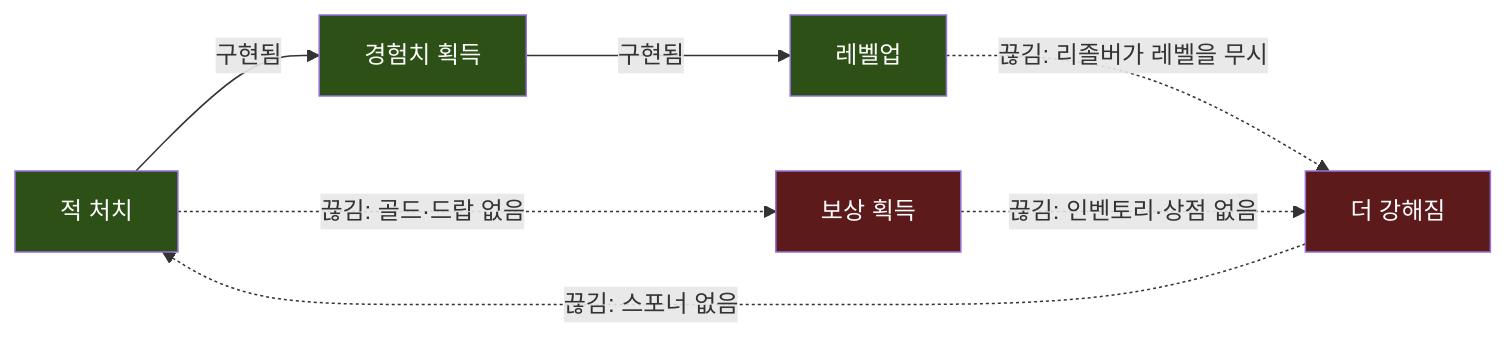
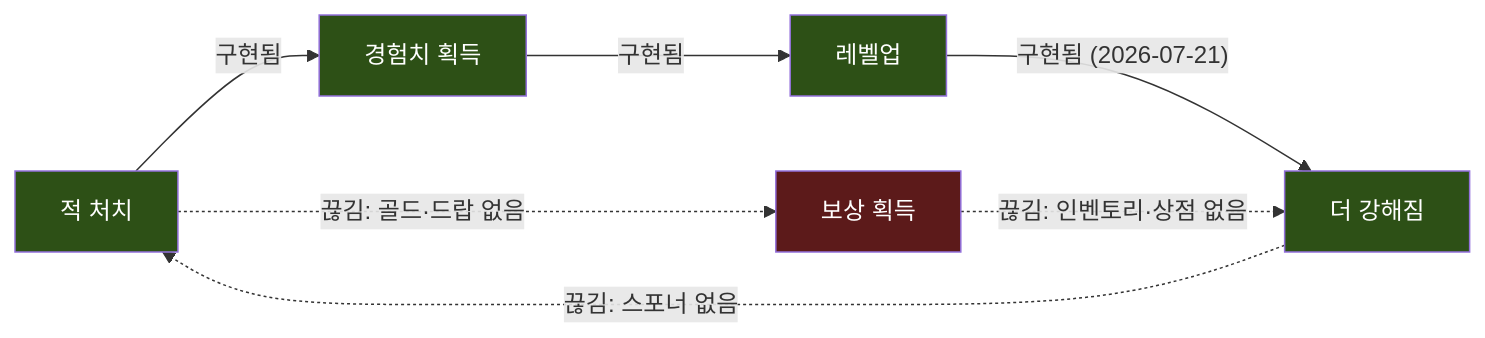
Before and after one commit to hanwoolhanwool/Idle-Game: the first of 3 diagrams in docs/gdd/content-roadmap.md, drawn with Mermaid. The commit also changed other lines of this file and 13 other files, not shown here.

````diff
--- a/docs/gdd/content-roadmap.md
+++ b/docs/gdd/content-roadmap.md
@@ -58,15 +56,15 @@
 ```mermaid
 flowchart LR
     Kill["적 처치"] -->|"구현됨"| Exp["경험치 획득"]
     Exp -->|"구현됨"| Level["레벨업"]
-    Level -.->|"끊김: 리졸버가 레벨을 무시"| Power["더 강해짐"]
+    Level -->|"구현됨 (2026-07-21)"| Power["더 강해짐"]
     Power -.->|"끊김: 스포너 없음"| Kill
     Kill -.->|"끊김: 골드·드랍 없음"| Loot["보상 획득"]
     Loot -.->|"끊김: 인벤토리·상점 없음"| Power
 
     style Kill fill:#2d5016,color:#fff
     style Exp fill:#2d5016,color:#fff
     style Level fill:#2d5016,color:#fff
-    style Power fill:#5c1a1a,color:#fff
+    style Power fill:#2d5016,color:#fff
     style Loot fill:#5c1a1a,color:#fff
 ```
````
